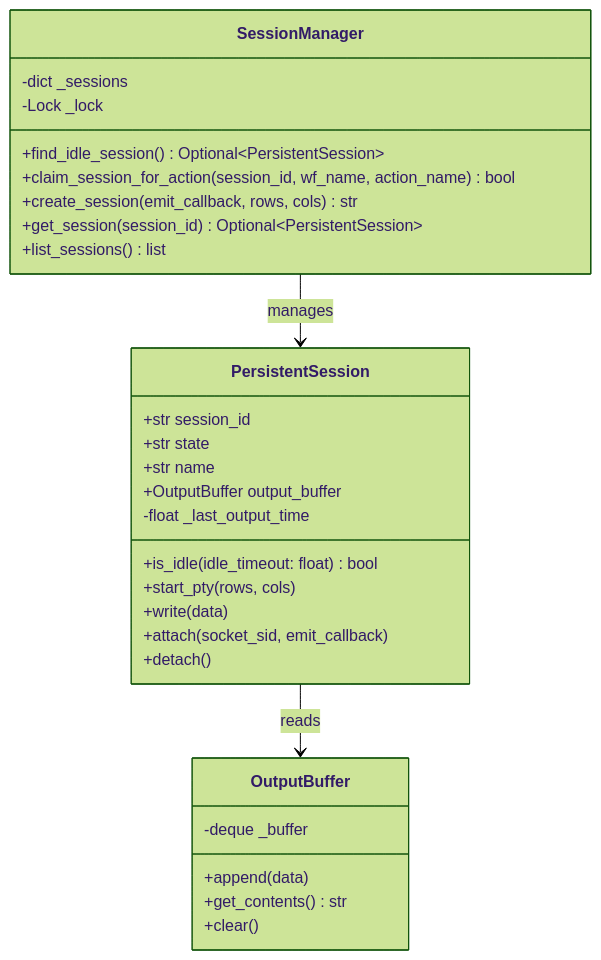
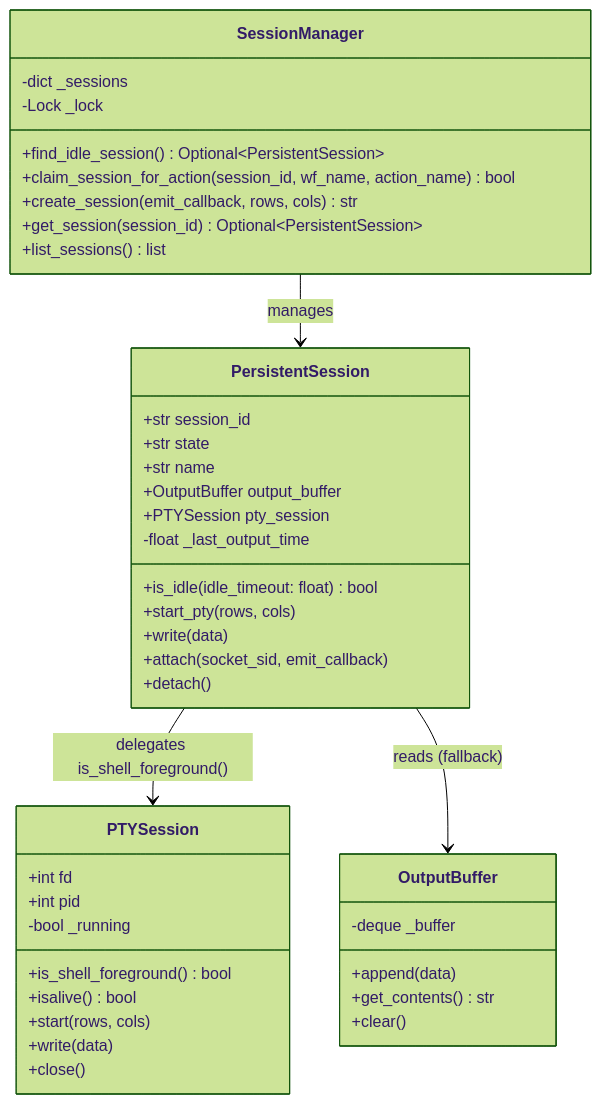
One commit to Young-Z/X-IPE changed the second of 2 diagrams in x-ipe-docs/requirements/EPIC-038/FEATURE-038-B/technical-design.md. Above: the diagram before and after it, drawn with Mermaid (forest theme). The commit also changed other lines of this file and 4 other files, not shown here.

````diff
--- a/x-ipe-docs/requirements/EPIC-038/FEATURE-038-B/technical-design.md
+++ b/x-ipe-docs/requirements/EPIC-038/FEATURE-038-B/technical-design.md
@@ -104,35 +115,48 @@
 ```mermaid
 classDiagram
     class PersistentSession {
         +str session_id
         +str state
         +str name
         +OutputBuffer output_buffer
+        +PTYSession pty_session
         -float _last_output_time
         +is_idle(idle_timeout: float) bool
         +start_pty(rows, cols)
         +write(data)
         +attach(socket_sid, emit_callback)
         +detach()
+    }
+
+    class PTYSession {
+        +int fd
+        +int pid
+        -bool _running
+        +is_shell_foreground() bool
+        +isalive() bool
+        +start(rows, cols)
+        +write(data)
+        +close()
     }
 
     class SessionManager {
         -dict _sessions
         -Lock _lock
         +find_idle_session() Optional~PersistentSession~
         +claim_session_for_action(session_id, wf_name, action_name) bool
         +create_session(emit_callback, rows, cols) str
         +get_session(session_id) Optional~PersistentSession~
         +list_sessions() list
     }
 
     class OutputBuffer {
         -deque _buffer
         +append(data)
         +get_contents() str
         +clear()
     }
 
     SessionManager --> PersistentSession : manages
-    PersistentSession --> OutputBuffer : reads
+    PersistentSession --> PTYSession : delegates is_shell_foreground()
+    PersistentSession --> OutputBuffer : reads (fallback)
 ```
````
